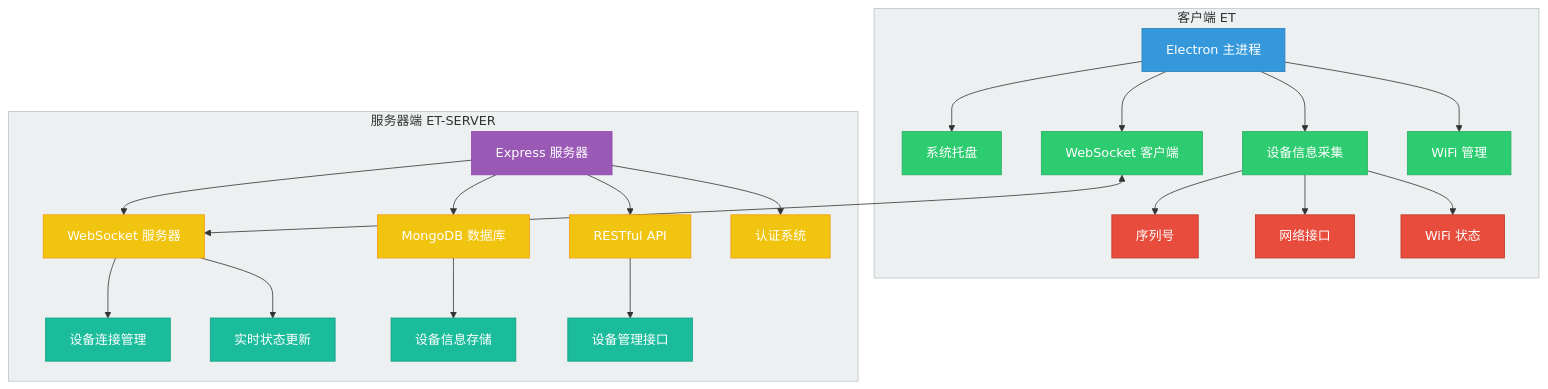
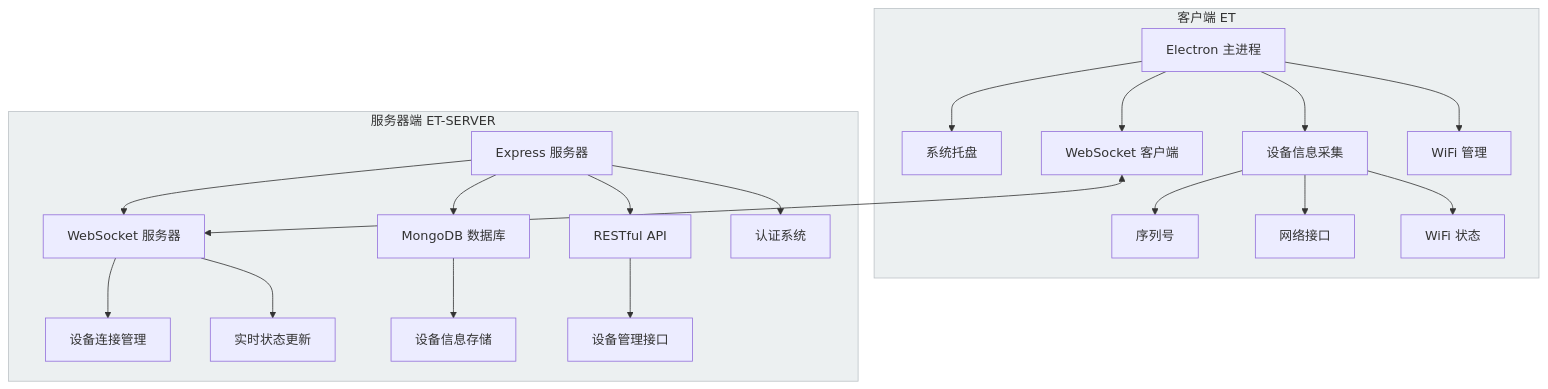
The first of 2 diagrams in README.md (vag-Zhao/Device-NET-Tracker), drawn with Mermaid before and after one commit. The commit also changed other lines of this file, not shown here.

````diff
--- a/README.md
+++ b/README.md
@@ -48,47 +35,28 @@
-  ```mermaid
-  graph TB
-      subgraph 客户端[客户端 ET]
-          A1[Electron 主进程] --> B1[系统托盘]
-          A1 --> B2[WebSocket 客户端]
-          A1 --> B3[设备信息采集]
-          A1 --> B4[WiFi 管理]
-          B3 --> C1[序列号]
-          B3 --> C2[网络接口]
-          B3 --> C3[WiFi 状态]
-          
-          style A1 fill:#3498db,stroke:#2980b9,color:#fff
-          style B1 fill:#2ecc71,stroke:#27ae60,color:#fff
-          style B2 fill:#2ecc71,stroke:#27ae60,color:#fff
-          style B3 fill:#2ecc71,stroke:#27ae60,color:#fff
-          style B4 fill:#2ecc71,stroke:#27ae60,color:#fff
-          style C1 fill:#e74c3c,stroke:#c0392b,color:#fff
-          style C2 fill:#e74c3c,stroke:#c0392b,color:#fff
-          style C3 fill:#e74c3c,stroke:#c0392b,color:#fff
-      end
+```mermaid
+graph TB
+    subgraph 客户端[客户端 ET]
+        A1[Electron 主进程] --> B1[系统托盘]
+        A1 --> B2[WebSocket 客户端]
+        A1 --> B3[设备信息采集]
+        A1 --> B4[WiFi 管理]
+        B3 --> C1[序列号]
+        B3 --> C2[网络接口]
+        B3 --> C3[WiFi 状态]
+    end
 
-      subgraph 服务器[服务器端 ET-SERVER]
-          D1[Express 服务器] --> E1[WebSocket 服务器]
-          D1 --> E2[MongoDB 数据库]
-          D1 --> E3[RESTful API]
-          D1 --> E4[认证系统]
-          E1 --> F1[设备连接管理]
-          E1 --> F2[实时状态更新]
-          E2 --> F3[设备信息存储]
-          E3 --> F4[设备管理接口]
-          
-          style D1 fill:#9b59b6,stroke:#8e44ad,color:#fff
-          style E1 fill:#f1c40f,stroke:#f39c12,color:#fff
-          style E2 fill:#f1c40f,stroke:#f39c12,color:#fff
-          style E3 fill:#f1c40f,stroke:#f39c12,color:#fff
-          style E4 fill:#f1c40f,stroke:#f39c12,color:#fff
-          style F1 fill:#1abc9c,stroke:#16a085,color:#fff
-          style F2 fill:#1abc9c,stroke:#16a085,color:#fff
-          style F3 fill:#1abc9c,stroke:#16a085,color:#fff
-          style F4 fill:#1abc9c,stroke:#16a085,color:#fff
-      end
+    subgraph 服务器[服务器端 ET-SERVER]
+        D1[Express 服务器] --> E1[WebSocket 服务器]
+        D1 --> E2[MongoDB 数据库]
+        D1 --> E3[RESTful API]
+        D1 --> E4[认证系统]
+        E1 --> F1[设备连接管理]
+        E1 --> F2[实时状态更新]
+        E2 --> F3[设备信息存储]
+        E3 --> F4[设备管理接口]
+    end
 
-      B2 <--> E1
-      
-      style 客户端 fill:#ecf0f1,stroke:#bdc3c7
-      style 服务器 fill:#ecf0f1,stroke:#bdc3c7
-  ```
+    B2 <--> E1
+    
+    style 客户端 fill:#ecf0f1,stroke:#bdc3c7
+    style 服务器 fill:#ecf0f1,stroke:#bdc3c7
+```
````
